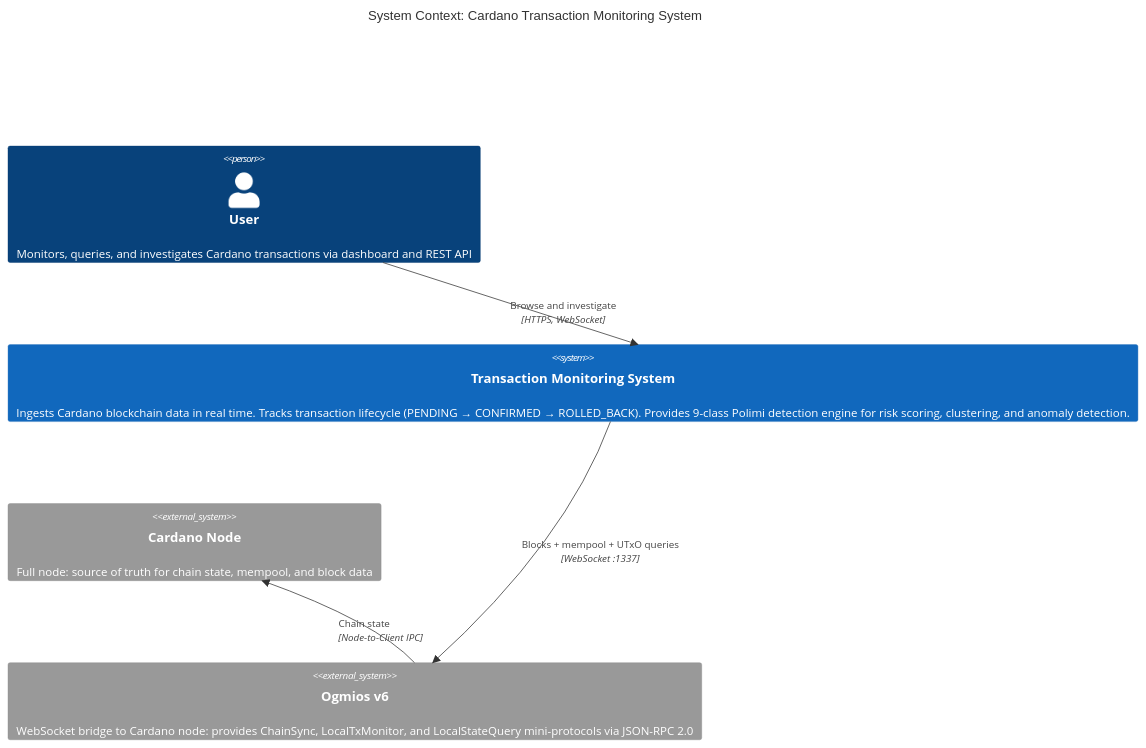
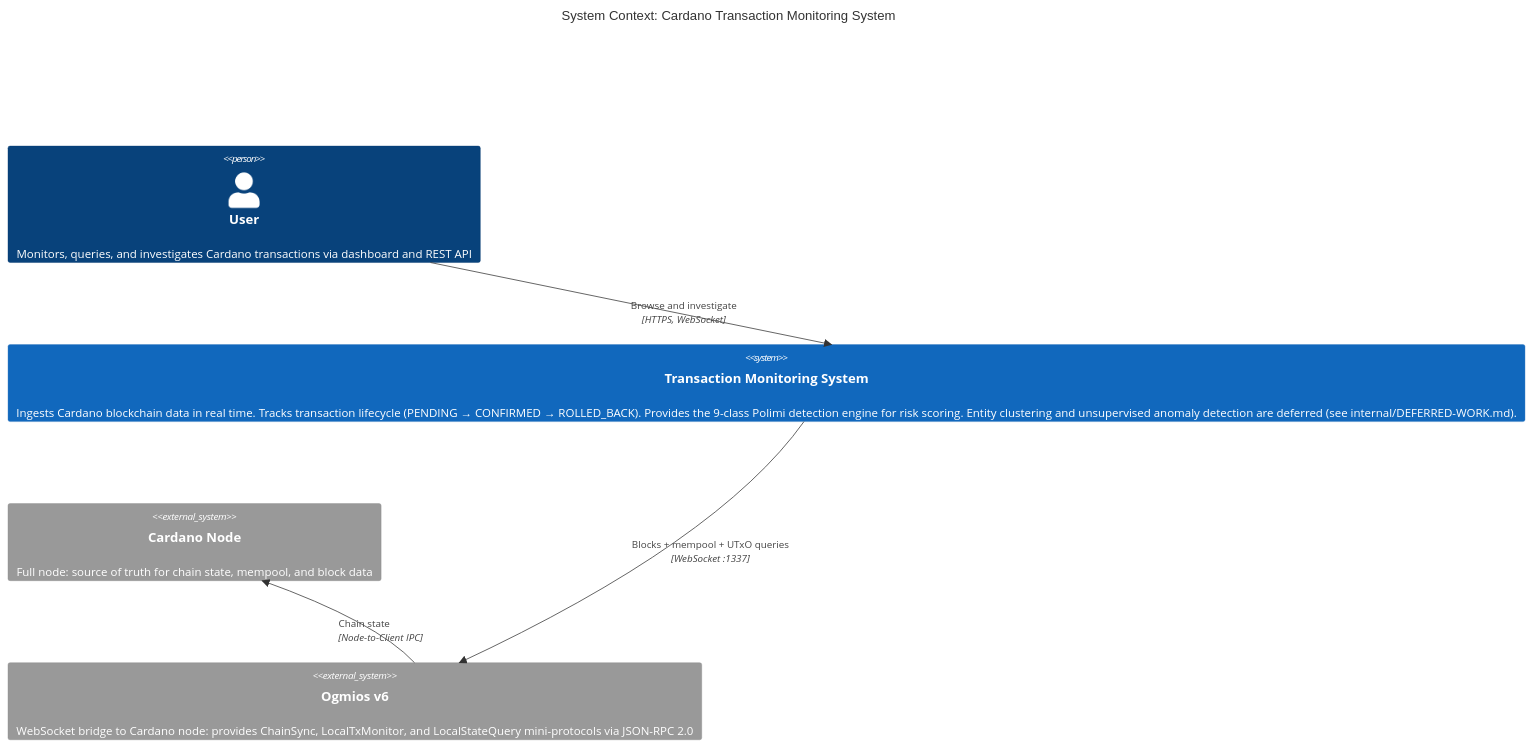
One commit to input-output-hk/TransactionMonitoringSystem changed the first of 7 diagrams in docs/C4-ARCHITECTURE.md. Above: the diagram before and after it, drawn with Mermaid. The commit also changed 84 other files, not shown here.

````diff
--- a/docs/C4-ARCHITECTURE.md
+++ b/docs/C4-ARCHITECTURE.md
@@ -7,15 +7,15 @@
 ```mermaid
 C4Context
     title System Context: Cardano Transaction Monitoring System
 
     Person(user, "User", "Monitors, queries, and investigates Cardano transactions via dashboard and REST API")
 
-    System(tms, "Transaction Monitoring System", "Ingests Cardano blockchain data in real time. Tracks transaction lifecycle (PENDING → CONFIRMED → ROLLED_BACK). Provides 9-class Polimi detection engine for risk scoring, clustering, and anomaly detection.")
+    System(tms, "Transaction Monitoring System", "Ingests Cardano blockchain data in real time. Tracks transaction lifecycle (PENDING → CONFIRMED → ROLLED_BACK). Provides the 9-class Polimi detection engine for risk scoring. Entity clustering and unsupervised anomaly detection are deferred (see internal/DEFERRED-WORK.md).")
 
     System_Ext(cardano_node, "Cardano Node", "Full node: source of truth for chain state, mempool, and block data")
     System_Ext(ogmios, "Ogmios v6", "WebSocket bridge to Cardano node: provides ChainSync, LocalTxMonitor, and LocalStateQuery mini-protocols via JSON-RPC 2.0")
 
     Rel(user, tms, "Browse and investigate", "HTTPS, WebSocket")
     Rel(tms, ogmios, "Blocks + mempool + UTxO queries", "WebSocket :1337")
     Rel(ogmios, cardano_node, "Chain state", "Node-to-Client IPC")
 ```
````
